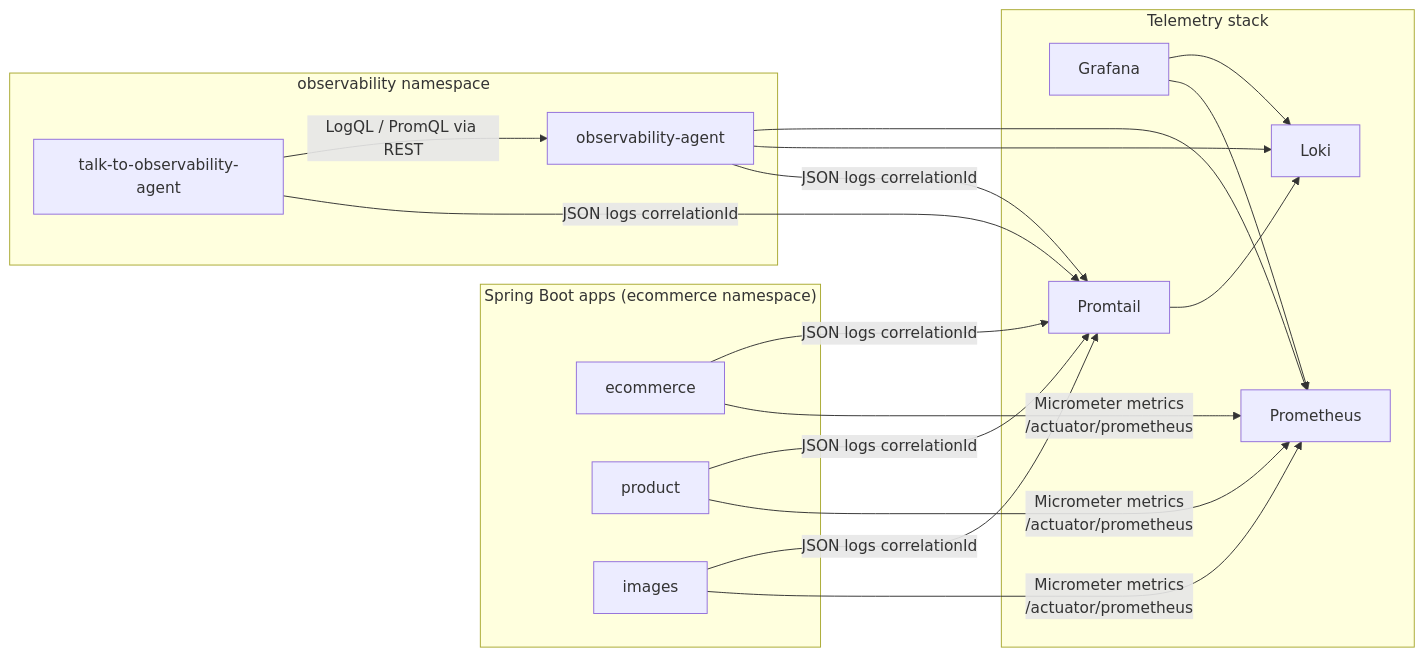
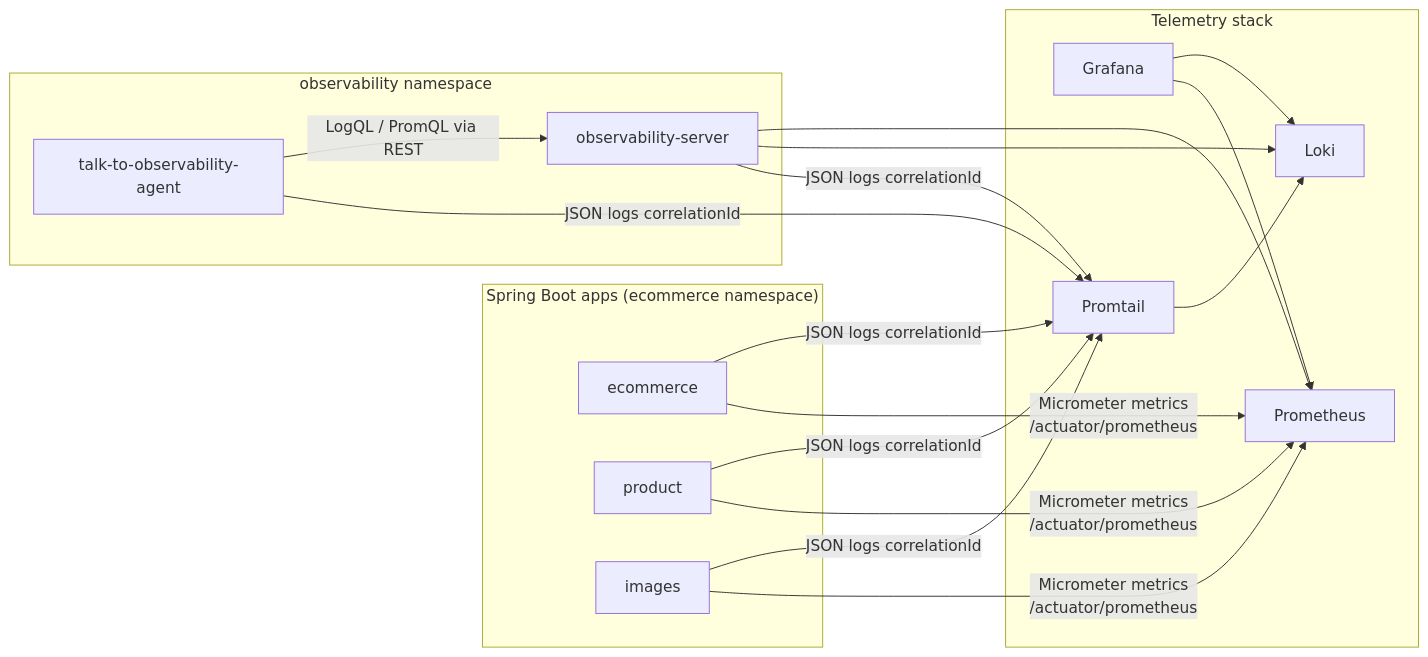
Before and after one commit to vuppalapatisn/agentic-microservices: the fourth of 5 diagrams in architecture-diagram.md, drawn with Mermaid. The commit also changed other lines of this file and 46 other files, not shown here.

````diff
--- a/architecture-diagram.md
+++ b/architecture-diagram.md
@@ -139,30 +139,30 @@
 ```mermaid
 flowchart LR
     subgraph Apps["Spring Boot apps (ecommerce namespace)"]
         A1["ecommerce"]
         A2["product"]
         A3["images"]
     end
 
     subgraph Agents["observability namespace"]
-        A4["observability-agent"]
+        A4["observability-server"]
         A5["talk-to-observability-agent"]
     end
 
     subgraph Telemetry["Telemetry stack"]
         PRM["Prometheus"]
         LOK["Loki"]
         GRF["Grafana"]
         PRT["Promtail"]
     end
 
     A1 & A2 & A3 -->|"Micrometer metrics<br/>/actuator/prometheus"| PRM
     A1 & A2 & A3 & A4 & A5 -->|"JSON logs correlationId"| PRT
     PRT --> LOK
     GRF --> PRM
     GRF --> LOK
 
     A5 -->|"LogQL / PromQL via REST"| A4
     A4 --> LOK
     A4 --> PRM
 ```
````
